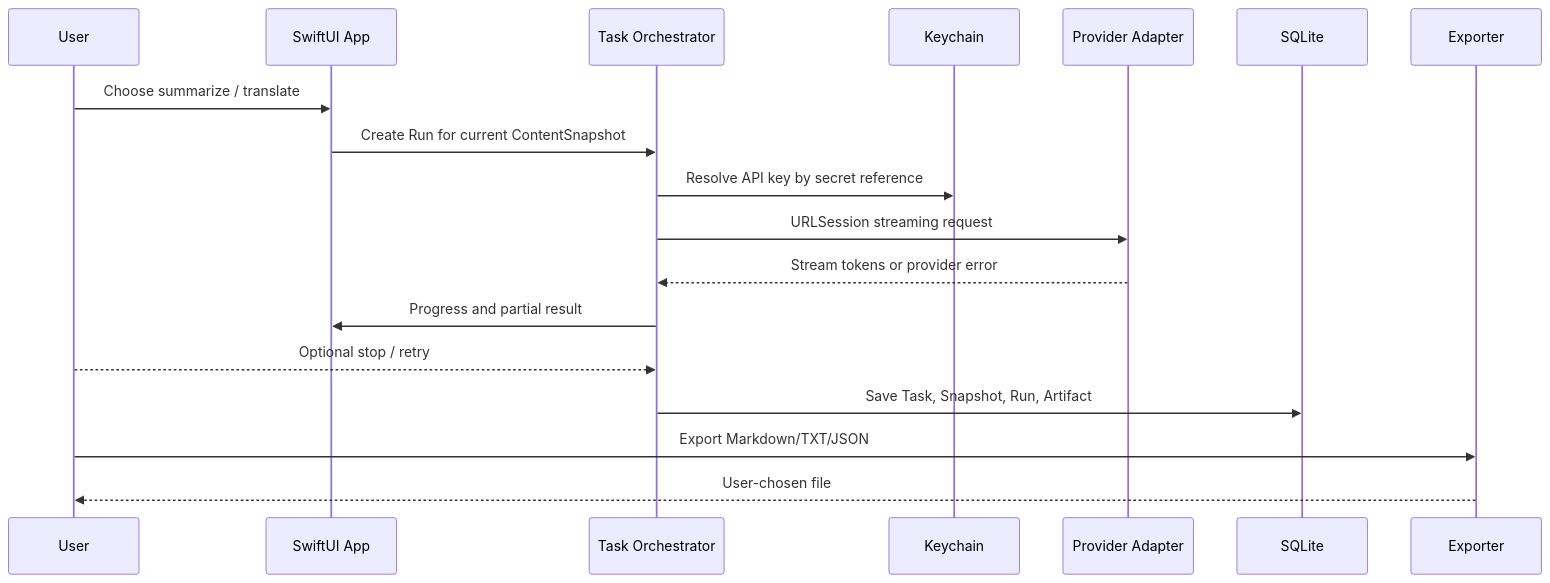
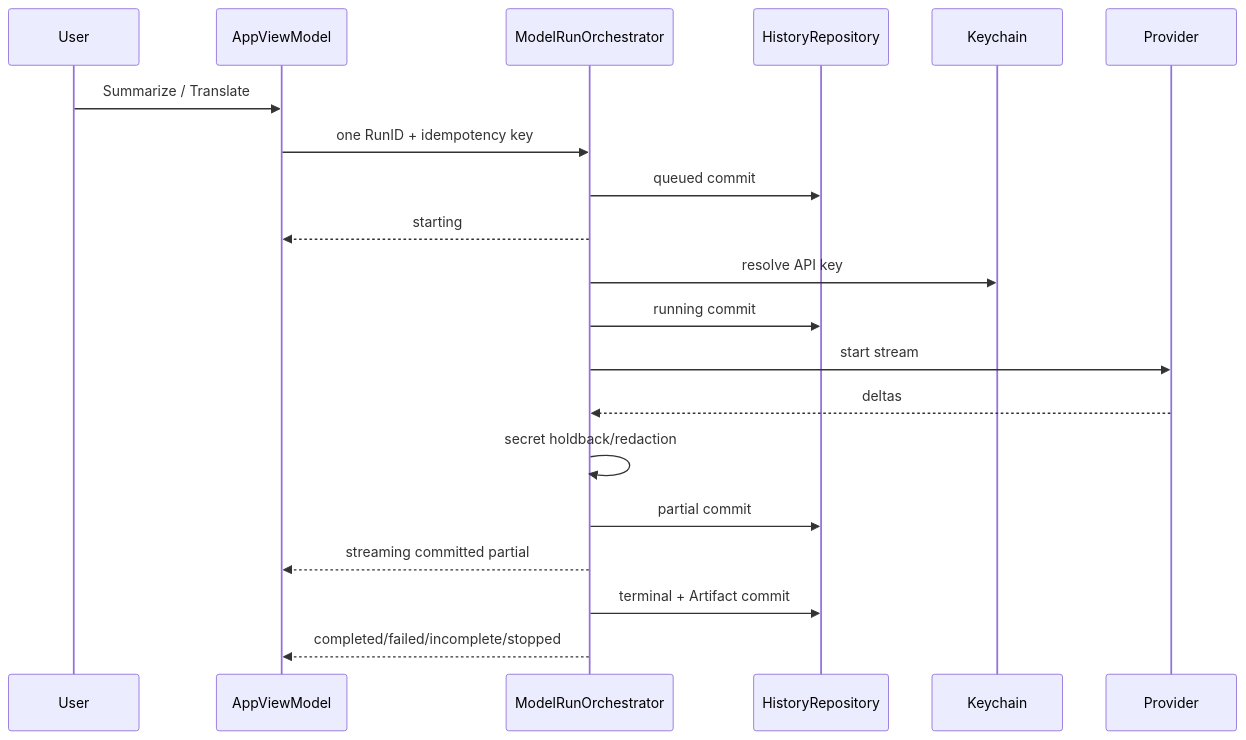
The second of 3 diagrams in brain/flow.md (Songxiaor/jizuo), drawn with Mermaid before and after one commit. The commit also changed other lines of this file and 95 other files, not shown here.

````diff
--- a/brain/flow.md
+++ b/brain/flow.md
@@ -68,21 +46,23 @@
 ```mermaid
 sequenceDiagram
   participant U as User
-  participant A as SwiftUI App
-  participant O as Task Orchestrator
+  participant A as AppViewModel
+  participant O as ModelRunOrchestrator
+  participant D as HistoryRepository
   participant K as Keychain
-  participant M as Provider Adapter
-  participant D as SQLite
-  participant E as Exporter
+  participant M as Provider
 
-  U->>A: Choose summarize / translate
-  A->>O: Create Run for current ContentSnapshot
-  O->>K: Resolve API key by secret reference
-  O->>M: URLSession streaming request
-  M-->>O: Stream tokens or provider error
-  O->>A: Progress and partial result
-  U-->>O: Optional stop / retry
-  O->>D: Save Task, Snapshot, Run, Artifact
-  U->>E: Export Markdown/TXT/JSON
-  E-->>U: User-chosen file
+  U->>A: Summarize / Translate
+  A->>O: one RunID + idempotency key
+  O->>D: queued commit
+  O-->>A: starting
+  O->>K: resolve API key
+  O->>D: running commit
+  O->>M: start stream
+  M-->>O: deltas
+  O->>O: secret holdback/redaction
+  O->>D: partial commit
+  O-->>A: streaming committed partial
+  O->>D: terminal + Artifact commit
+  O-->>A: completed/failed/incomplete/stopped
 ```
````
